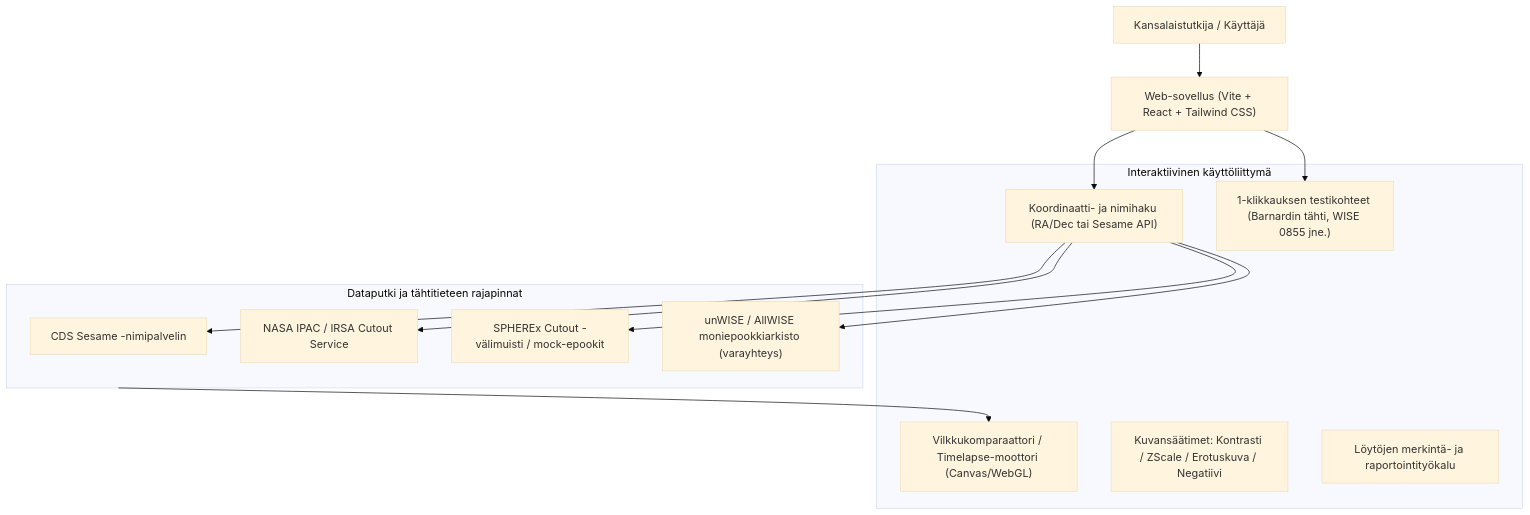
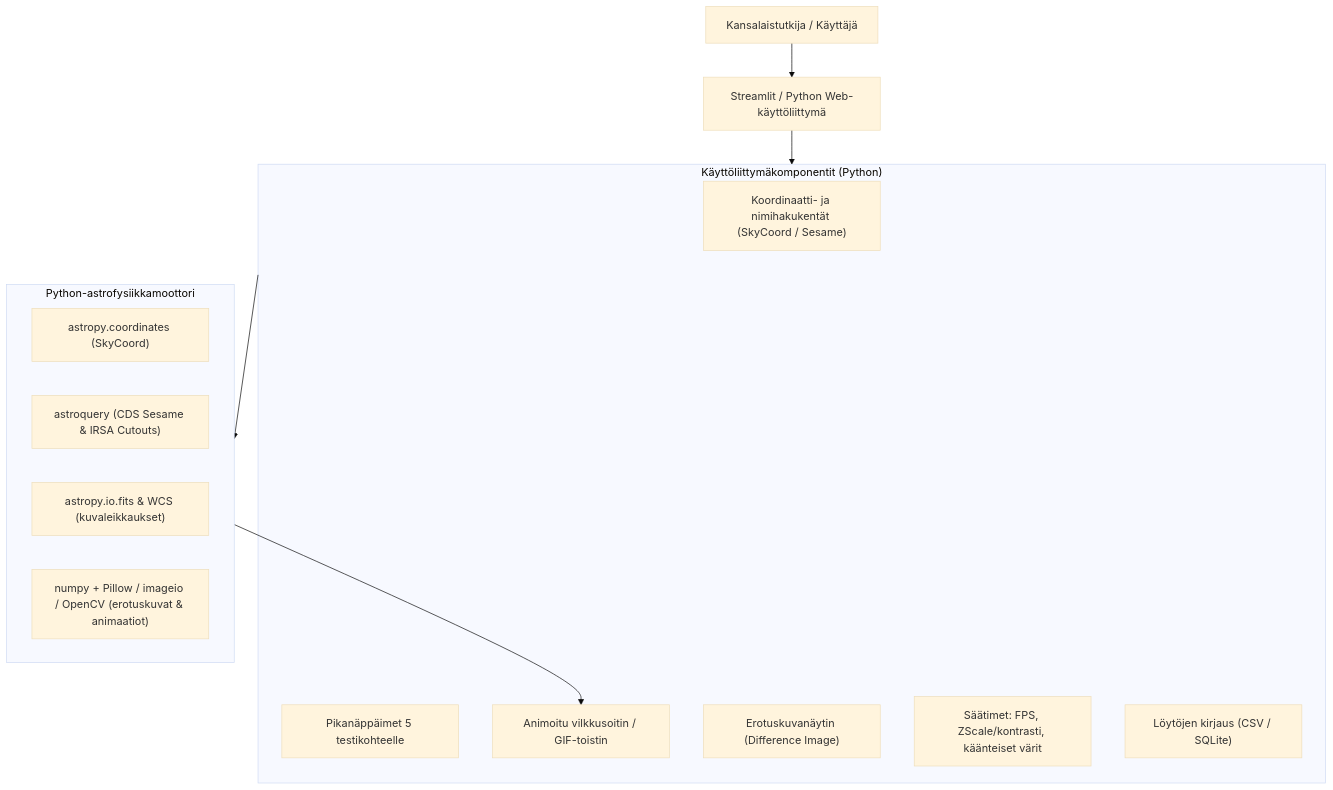
One commit to TEEPERUNA/PlanetXSPHEREx changed the first of 2 diagrams in PLAN.md. Above: the diagram before and after it, drawn with Mermaid (base theme). The commit also changed other lines of this file, not shown here.

Commit message:
docs: päivitä projektisuunnitelma Python-arkkitehtuurille

````diff
--- a/PLAN.md
+++ b/PLAN.md
@@ -25,27 +27,24 @@
 ```mermaid
 flowchart TD
-    User["Kansalaistutkija / Käyttäjä"] --> UI["Web-sovellus (Vite + React + Tailwind CSS)"]
+    User["Kansalaistutkija / Käyttäjä"] --> UI["Streamlit / Python Web-käyttöliittymä"]
     
-    subgraph Frontend["Interaktiivinen käyttöliittymä"]
-        Search["Koordinaatti- ja nimihaku (RA/Dec tai Sesame API)"]
-        Presets["1-klikkauksen testikohteet (Barnardin tähti, WISE 0855 jne.)"]
-        CanvasPlayer["Vilkkukomparaattori / Timelapse-moottori (Canvas/WebGL)"]
-        Tools["Kuvansäätimet: Kontrasti / ZScale / Erotuskuva / Negatiivi"]
-        Annotation["Löytöjen merkintä- ja raportointityökalu"]
+    subgraph UIComponents["Käyttöliittymäkomponentit (Python)"]
+        Search["Koordinaatti- ja nimihakukentät (SkyCoord / Sesame)"]
+        Presets["Pikanäppäimet 5 testikohteelle"]
+        Viewer["Animoitu vilkkusoitin / GIF-toistin"]
+        DiffViewer["Erotuskuvanäytin (Difference Image)"]
+        Sliders["Säätimet: FPS, ZScale/kontrasti, käänteiset värit"]
+        Report["Löytöjen kirjaus (CSV / SQLite)"]
     end
     
-    subgraph DataPipeline["Dataputki ja tähtitieteen rajapinnat"]
-        Sesame["CDS Sesame -nimipalvelin"]
-        IRSA["NASA IPAC / IRSA Cutout Service"]
-        SPHERExMock["SPHEREx Cutout -välimuisti / mock-epookit"]
-        WISEFallback["unWISE / AllWISE moniepookkiarkisto (varayhteys)"]
+    subgraph AstroBackend["Python-astrofysiikkamoottori"]
+        AstroCoord["astropy.coordinates (SkyCoord)"]
+        AstroQuery["astroquery (CDS Sesame & IRSA Cutouts)"]
+        FITSProc["astropy.io.fits & WCS (kuvaleikkaukset)"]
+        ImgProc["numpy + Pillow / imageio / OpenCV (erotuskuvat & animaatiot)"]
     end
 
-    UI --> Search
-    UI --> Presets
-    Search --> Sesame
-    Search --> IRSA
-    Search --> SPHERExMock
-    Search --> WISEFallback
-    DataPipeline --> CanvasPlayer
+    UI --> UIComponents
+    UIComponents --> AstroBackend
+    AstroBackend --> Viewer
 ```
````
